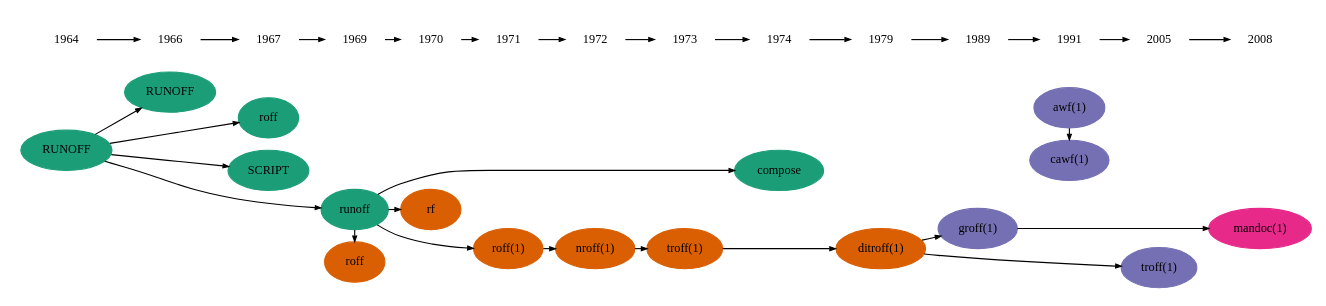
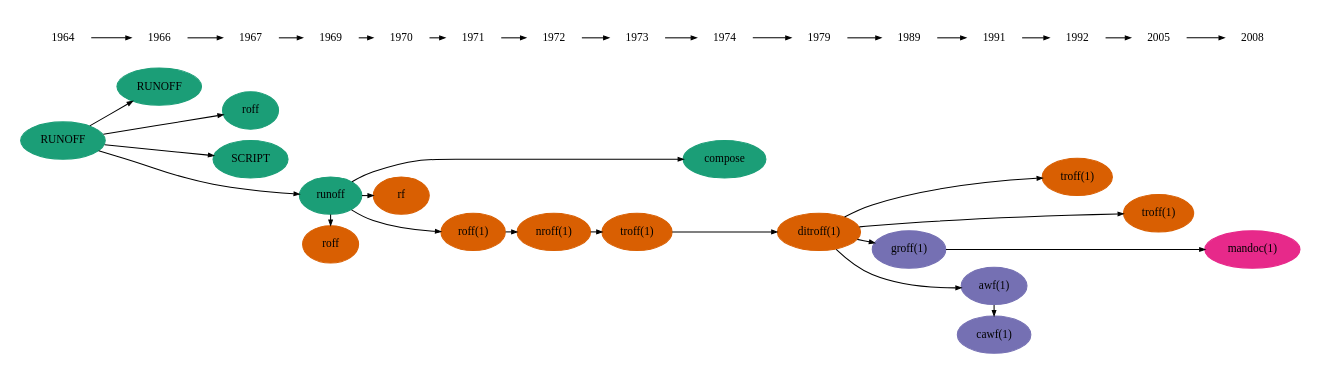
The diagram in history.dot (kristapsdz/manpages), drawn with Graphviz before and after one commit. The commit also changed 1 other file, not shown here.

```diff
--- a/history.dot
+++ b/history.dot
@@ -1,75 +1,76 @@
 /*	$Id$ */
 digraph manpages {
 	rankdir=LR;
 	size="9,18";
 	ranksep=0.15;
 	nodesep=0.15;
 
 	node [shape=ellipse,fontsize=11,colorscheme=dark24,style=filled];
 	edge [arrowhead=normal,arrowsize=0.5];
 
 	subgraph { 
 		node [color=1];
 		runoff1 [label="RUNOFF" URL="#x1964_RUNOFF"];
 		runoff4 [label="RUNOFF" URL="#x1966_RUNOFF"];
 		runoff2 [label="roff" URL="#x1967_roff"];
 		script [label="SCRIPT" URL="#x1967_SCRIPT"];
 		runoff3 [label="runoff" URL="#x1969"]; 
 		compose [label="compose" URL="#x1974_compose"]; 
 	}
 
 	subgraph {
 		node [color=2];
 		rf [label="rf" URL="#x1970_rf"];
 		roff1 [label="roff(1)" URL="#x1971"];
 		roff2 [label="roff" URL="#x1969_roff"];
 		nroff [label="nroff(1)" URL="#x1972"];
 		troff [label="troff(1)" URL="#x1973"];
 		ditroff [label="ditroff(1)" URL="#x1979"];
+		ptroff [label="troff(1)" URL="#x1992"];
+		htroff [label="troff(1)" URL="#x2005_troff"];
 	}
 
 	subgraph {
 		node [color=3];
 		groff [label="groff(1)" URL="#x1989_groff"];
 		awf [label="awf(1)" URL="#x1991_awf"];
 		cawf [label="cawf(1)" URL="#x1991_cawf"];
-		htroff [label="troff(1)" URL="#x2005_troff"];
 	}
 
 	subgraph {
 		node [color=4];
 		mandoc [label="mandoc(1)" URL="#x2008_mandoc"];
 	}
 
 	runoff1 -> { runoff4 runoff2 runoff3 script };
 	runoff3 -> { roff1 compose rf roff2 };
 	roff1 -> nroff;
 	nroff -> troff;
 	troff -> ditroff;
-	ditroff -> groff;
-	ditroff -> htroff;
+	ditroff -> { groff htroff ptroff awf };
 	groff -> mandoc;
 	awf -> cawf;
 
 
 	subgraph {
 		node[colorscheme=x11,color=white];
 		1964 -> 1966 -> 1967 -> 1969 -> 1970 -> 1971 -> 1972 -> 
-		1973 -> 1974 -> 1979 -> 1989 -> 1991 -> 2005 -> 2008;
+		1973 -> 1974 -> 1979 -> 1989 -> 1991 -> 1992 -> 2005 -> 2008;
 	}
 
 	{ rank = same; 1964 runoff1 };
 	{ rank = same; 1967 script runoff2 };
 	{ rank = same; 1969 runoff3 roff2 };
 	{ rank = same; 1970 rf };
 	{ rank = same; 1971 roff1 };
 	{ rank = same; 1972 nroff };
 	{ rank = same; 1973 troff };
 	{ rank = same; 1974 compose };
 	{ rank = same; 1979 ditroff };
 	{ rank = same; 1989 groff };
 	{ rank = same; 1991 awf cawf };
+	{ rank = same; 1992 ptroff };
 	{ rank = same; 2005 htroff };
 	{ rank = same; 2008 mandoc };
 
 }
```
